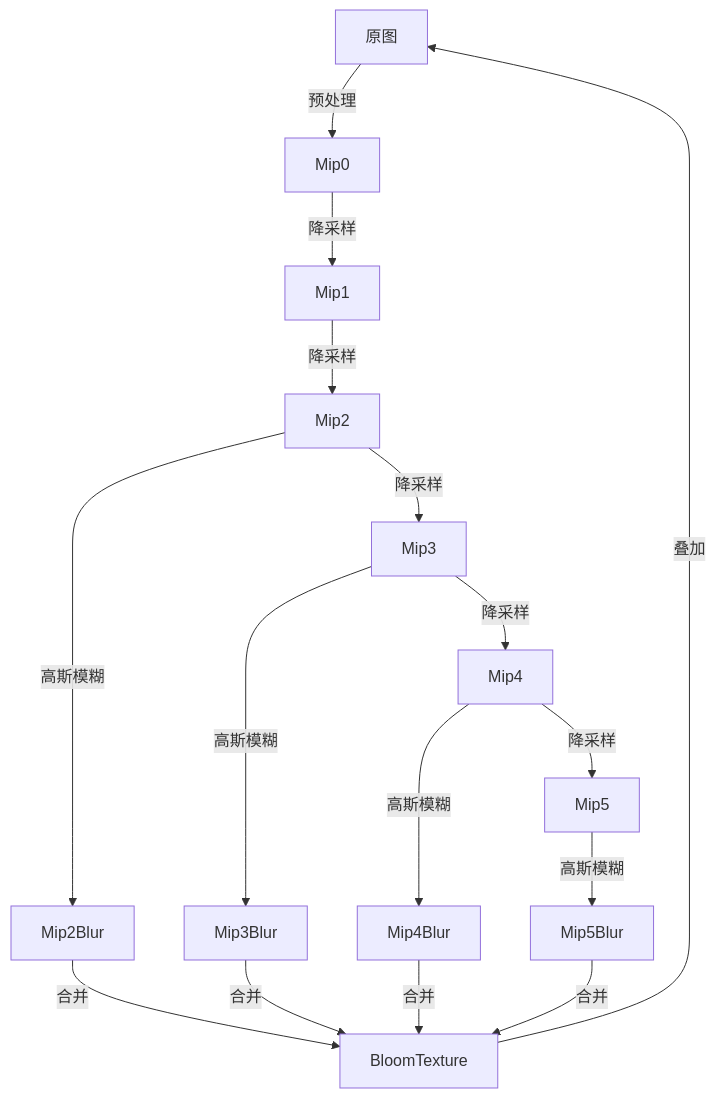
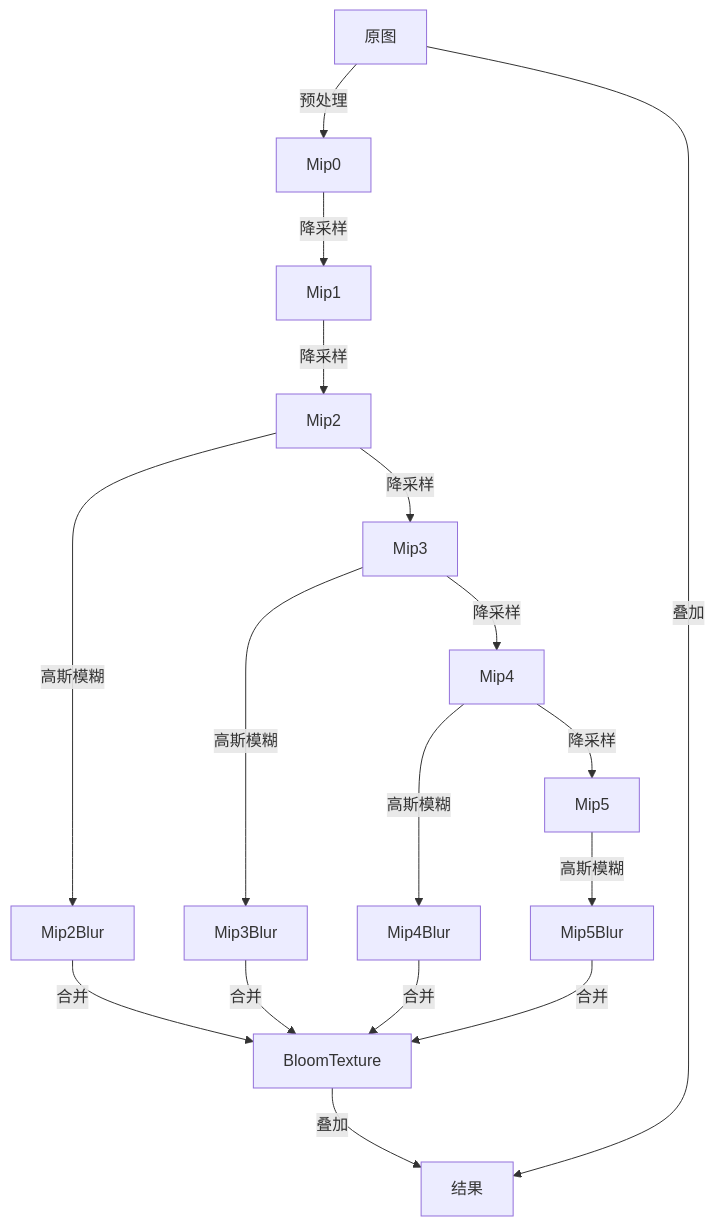
Before and after one commit to stalomeow/note: the diagram in docs/blog/posts/Rendering/high-quality-toon-bloom.md, drawn with Mermaid.

````diff
--- a/docs/blog/posts/Rendering/high-quality-toon-bloom.md
+++ b/docs/blog/posts/Rendering/high-quality-toon-bloom.md
@@ -34,22 +34,23 @@
 ``` mermaid
 flowchart TD
     Original[原图] -- 预处理 --> Mip0
     
     Mip0 -- 降采样 --> Mip1
     Mip1 -- 降采样 --> Mip2
     Mip2 -- 降采样 --> Mip3
     Mip3 -- 降采样 --> Mip4
     Mip4 -- 降采样 --> Mip5
 
     Mip2 -- 高斯模糊 --> Mip2Blur
     Mip3 -- 高斯模糊 --> Mip3Blur
     Mip4 -- 高斯模糊 --> Mip4Blur
     Mip5 -- 高斯模糊 --> Mip5Blur
 
     Mip2Blur -- 合并 --> BloomTexture
     Mip3Blur -- 合并 --> BloomTexture
     Mip4Blur -- 合并 --> BloomTexture
     Mip5Blur -- 合并 --> BloomTexture
 
-    BloomTexture -- 叠加 --> Original
+    BloomTexture -- 叠加 --> Result[结果]
+    Original -- 叠加 --> Result
 ```
````
